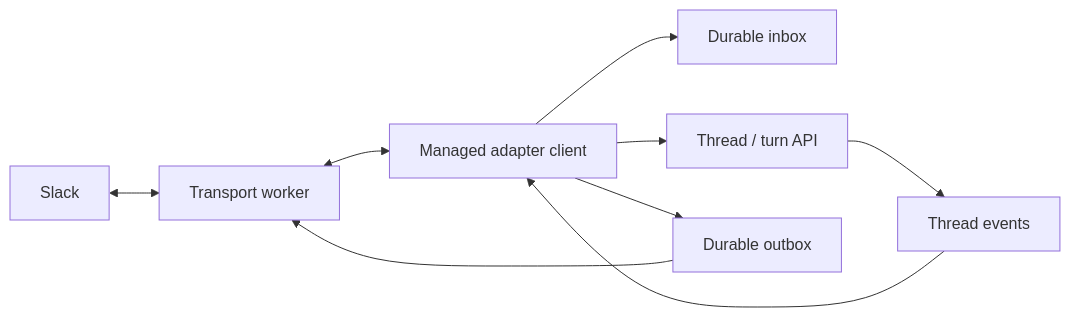
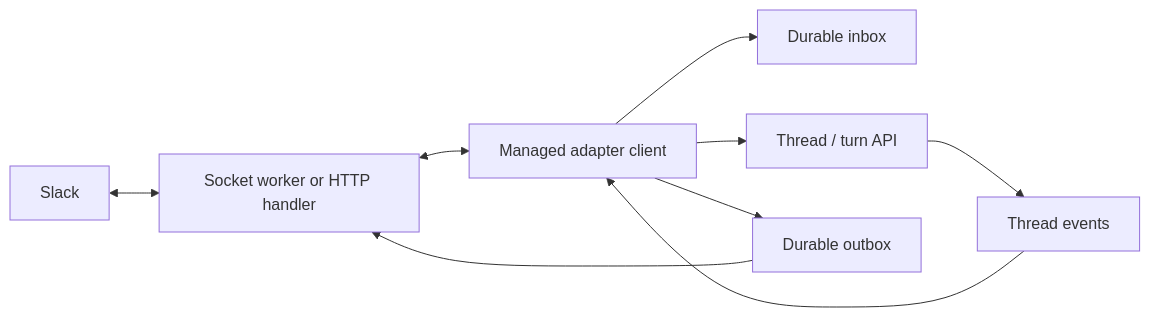
The diagram in docs/managed-adapters.md (akushonkamen/exo), drawn with Mermaid before and after one commit. The commit also changed other lines of this file and 5 other files, not shown here.

````diff
--- a/docs/managed-adapters.md
+++ b/docs/managed-adapters.md
@@ -17,11 +16,11 @@
 ```mermaid
 flowchart LR
-  chat[Slack] <--> worker[Transport worker]
+  chat[Slack] <--> worker[Socket worker or HTTP handler]
   worker <--> adapter[Managed adapter client]
   adapter --> inbox[Durable inbox]
   adapter --> turns[Thread / turn API]
   turns --> events[Thread events]
   events --> adapter
   adapter --> outbox[Durable outbox]
   outbox --> worker
 ```
````
